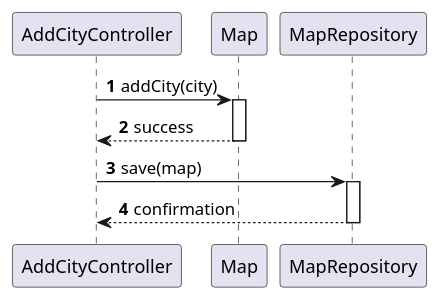
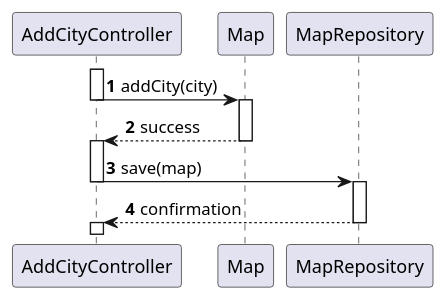
Before and after one commit to Andremonteiro1240850/railway_simulator: the diagram in Sprint2/US03/03.design.us03/puml/US03-SD-partial-add-city-to-map.puml, drawn with PlantUML. The commit also changed 6 other files, not shown here.

Commit message:
Diagrams Updated

```diff
--- a/Sprint2/US03/03.design.us03/puml/US03-SD-partial-add-city-to-map.puml
+++ b/Sprint2/US03/03.design.us03/puml/US03-SD-partial-add-city-to-map.puml
@@ -1,20 +1,25 @@
 @startuml
 'https://plantuml.com/sequence-diagram
 'skinparam monochrome true
 skinparam packageStyle rectangle
 skinparam shadowing false
 
 autonumber
 
 'hide footbox
-
+activate AddCityController
 AddCityController -> Map : addCity(city)
+deactivate AddCityController
 activate Map
 Map --> AddCityController : success
 deactivate Map
+activate AddCityController
+
 
 AddCityController -> MapRepository : save(map)
+deactivate AddCityController
 activate MapRepository
 MapRepository --> AddCityController : confirmation
 deactivate MapRepository
+activate AddCityController
 @enduml
```
